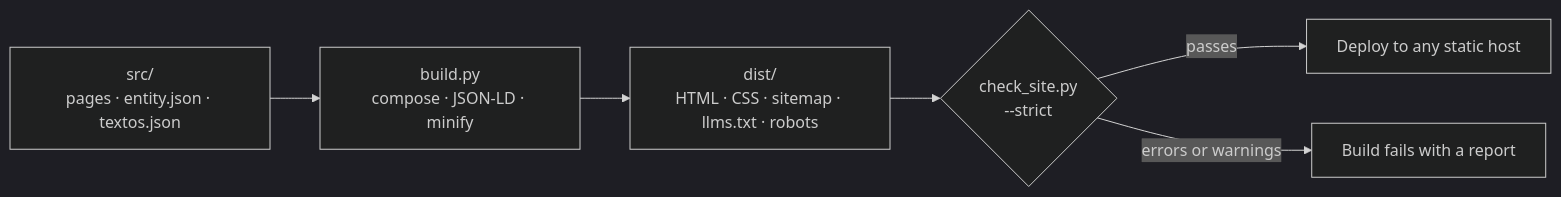
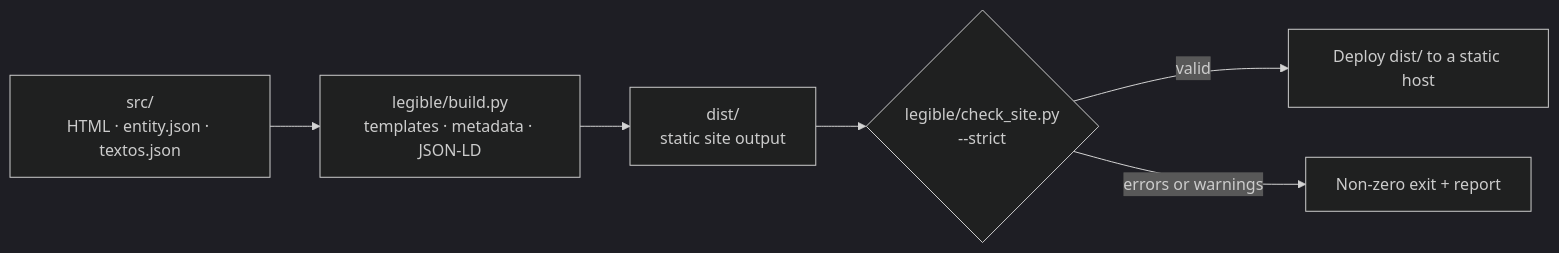
One commit to angelmaturana/legible changed the diagram in README.md. Above: the diagram before and after it, drawn with Mermaid (dark theme). The commit also changed other lines of this file and 1 other file, not shown here.

````diff
--- a/README.md
+++ b/README.md
@@ -73,8 +189,8 @@
 ```mermaid
 flowchart LR
-    A["src/<br/>pages · entity.json · textos.json"] --> B["build.py<br/>compose · JSON-LD · minify"]
-    B --> C["dist/<br/>HTML · CSS · sitemap · llms.txt · robots"]
-    C --> D{"check_site.py<br/>--strict"}
-    D -- passes --> E["Deploy to any static host"]
-    D -- errors or warnings --> F["Build fails with a report"]
+    A["src/<br/>HTML · entity.json · textos.json"] --> B["legible/build.py<br/>templates · metadata · JSON-LD"]
+    B --> C["dist/<br/>static site output"]
+    C --> D{"legible/check_site.py<br/>--strict"}
+    D -- valid --> E["Deploy dist/ to a static host"]
+    D -- errors or warnings --> F["Non-zero exit + report"]
 ```
````
